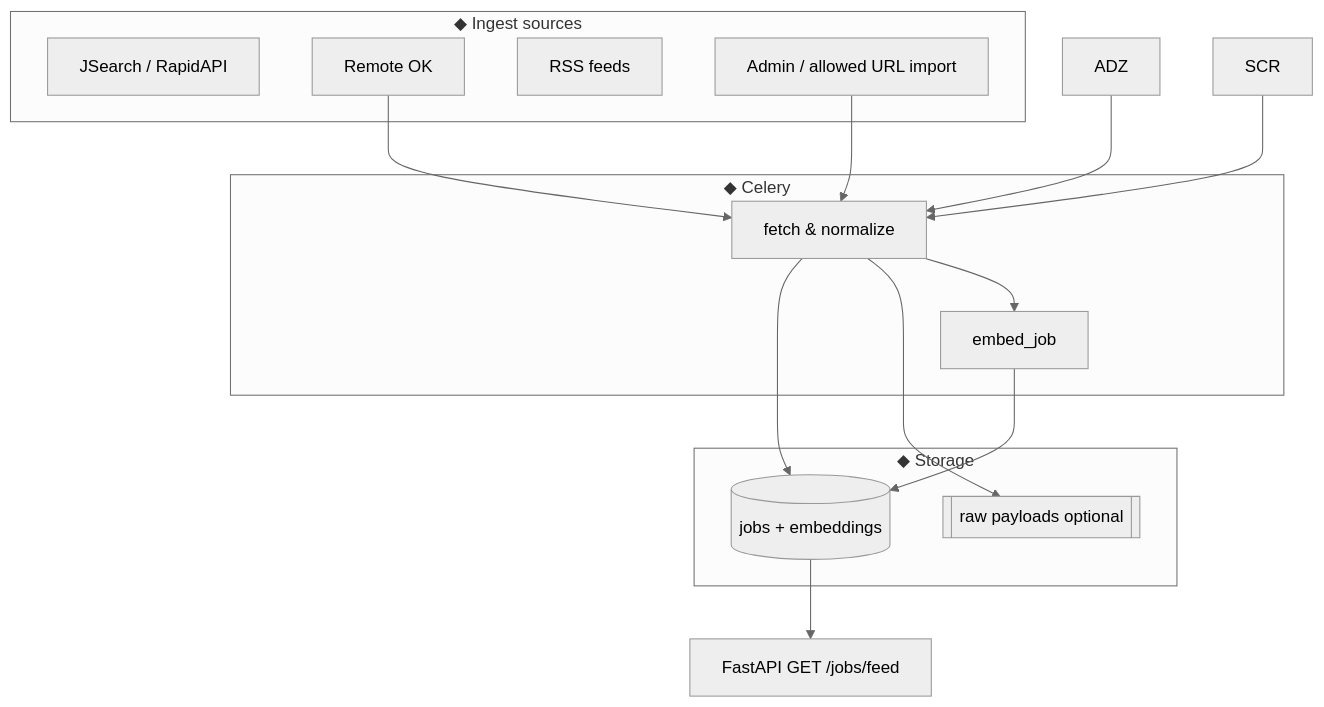
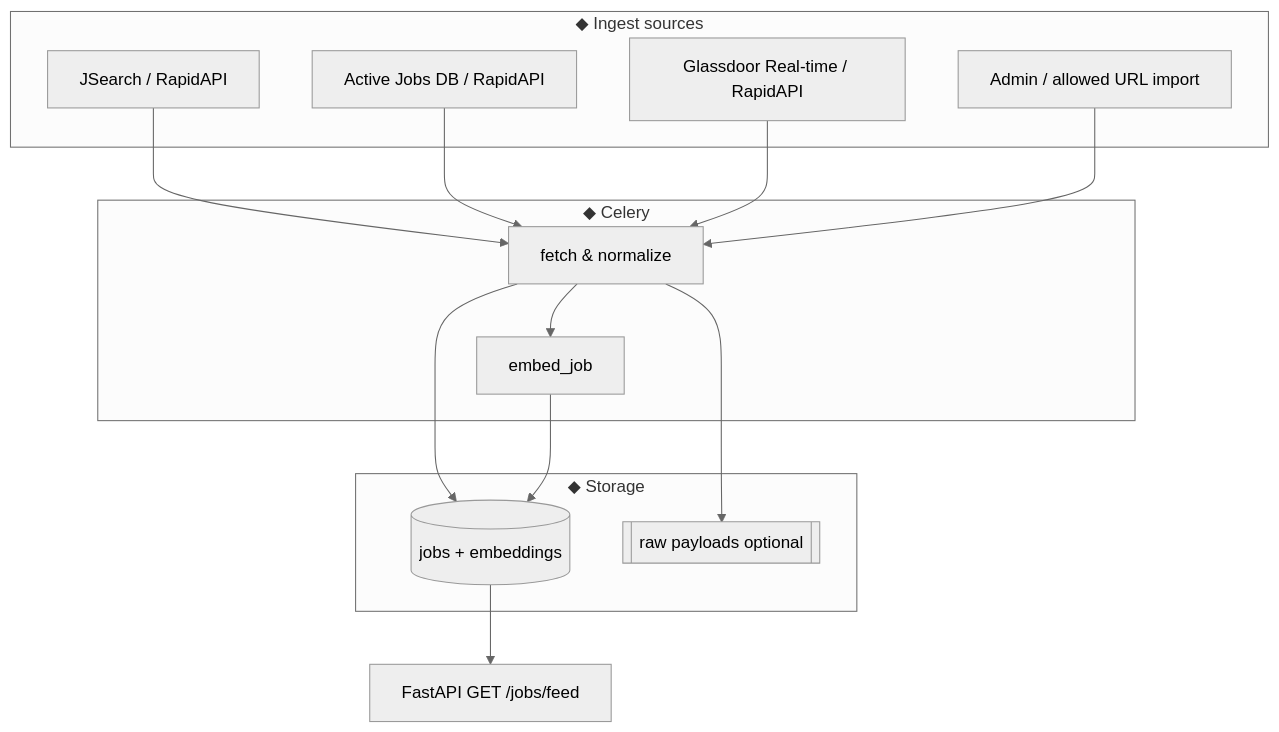
The fourth of 5 diagrams in README.md (frank-asket/doubau), drawn with Mermaid (neutral theme) before and after one commit. The commit also changed other lines of this file and 42 other files, not shown here.

````diff
--- a/README.md
+++ b/README.md
@@ -164,29 +164,29 @@
 ```mermaid
 flowchart TB
   subgraph Sources["◆ Ingest sources"]
     JSR[JSearch / RapidAPI]
-    ROK[Remote OK]
-    RSS[RSS feeds]
+    AJD[Active Jobs DB / RapidAPI]
+    GD[Glassdoor Real-time / RapidAPI]
     IMP[Admin / allowed URL import]
   end
 
   subgraph Workers["◆ Celery"]
     ING[fetch & normalize]
     EMB[embed_job]
   end
 
   subgraph Store["◆ Storage"]
     PG[(jobs + embeddings)]
     S3[[raw payloads optional]]
   end
 
-  ROK --> ING
-  ADZ --> ING
-  SCR --> ING
+  JSR --> ING
+  AJD --> ING
+  GD --> ING
   IMP --> ING
   ING --> PG
   ING --> S3
   ING --> EMB
   EMB --> PG
   PG --> API[FastAPI GET /jobs/feed]
 ```
````
